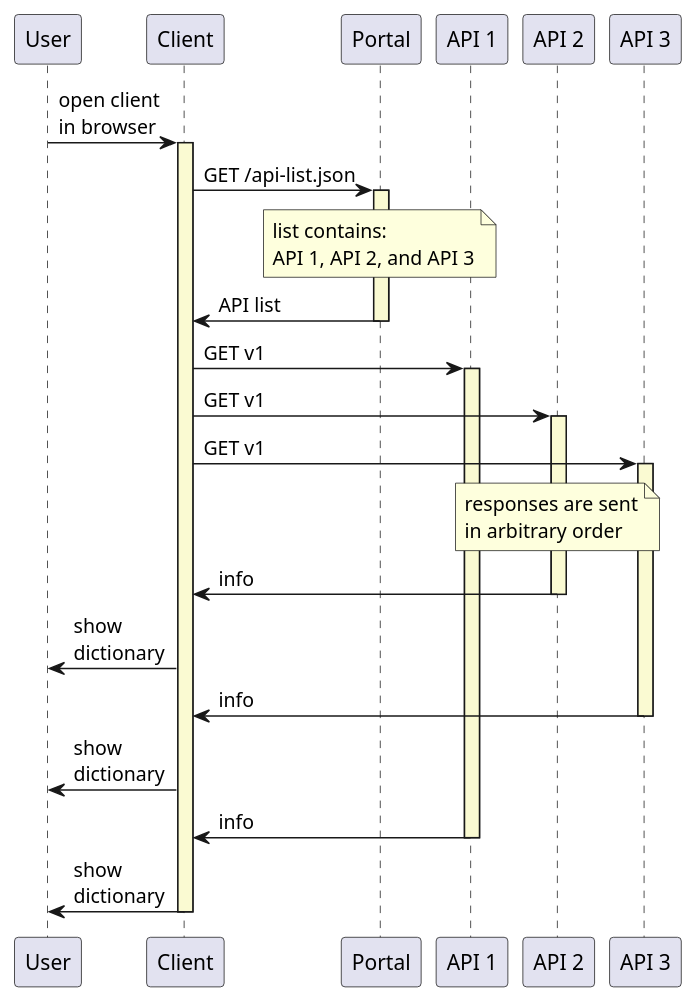
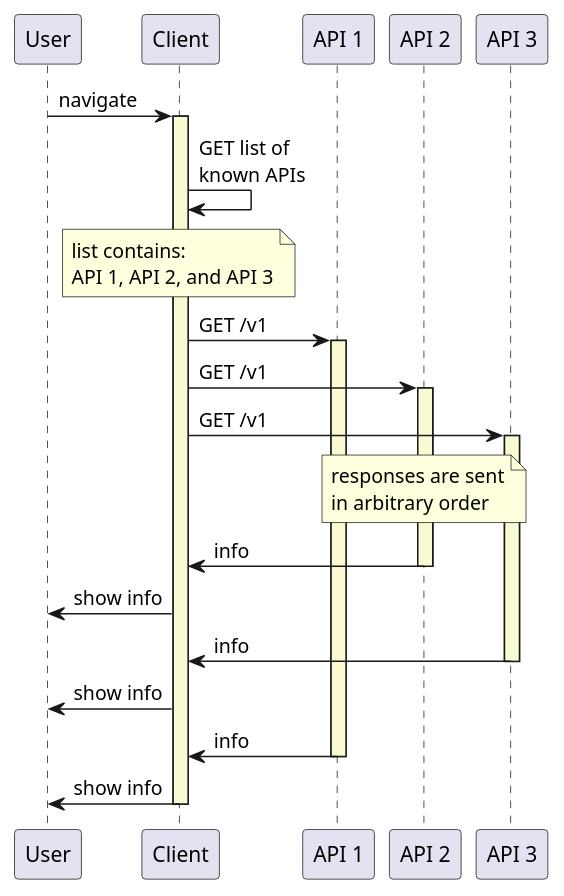
One commit to cceh/m-salt-api changed the first of 3 diagrams in doc/src/client.rst. Above: the diagram before and after it, drawn with PlantUML. The commit also changed other lines of this file and 29 other files, not shown here.

```diff
--- a/doc/src/client.rst
+++ b/doc/src/client.rst
@@ -17,46 +19,44 @@
 .. uml::
+   :align: center
+   :caption: Diagram of API calls for client initialization.
 
-   participant User
+   participant User as u
    participant Client as c
-   participant Portal as s
    participant "API 1" as a1
    participant "API 2" as a2
    participant "API 3" as a3
 
    skinparam sequence {
 	  LifeLineBackgroundColor LightGoldenRodYellow
    }
 
-   User -> c: open client\nin browser
+   u -> c: navigate
    activate c
 
-   c -> s: GET /api-list.json
-   activate s
-   note over s: list contains:\nAPI 1, API 2, and API 3
-   s -> c: API list
-   deactivate s
+   c -> c: GET list of\nknown APIs
+   note over c: list contains:\nAPI 1, API 2, and API 3
 
-   c -> a1: GET v1
+   c -> a1: GET /v1
    activate a1
-   c -> a2: GET v1
+   c -> a2: GET /v1
    activate a2
-   c -> a3: GET v1
+   c -> a3: GET /v1
    activate a3
 
    note over a2
       responses are sent
       in arbitrary order
    end note
 
    a2 -> c: info
    deactivate a2
-   c -> User: show\ndictionary
+   c -> u: show info
 
    a3 -> c: info
    deactivate a3
-   c -> User: show\ndictionary
+   c -> u: show info
 
    a1 -> c: info
    deactivate a1
-   c -> User: show\ndictionary
+   c -> u: show info
    deactivate c
```
